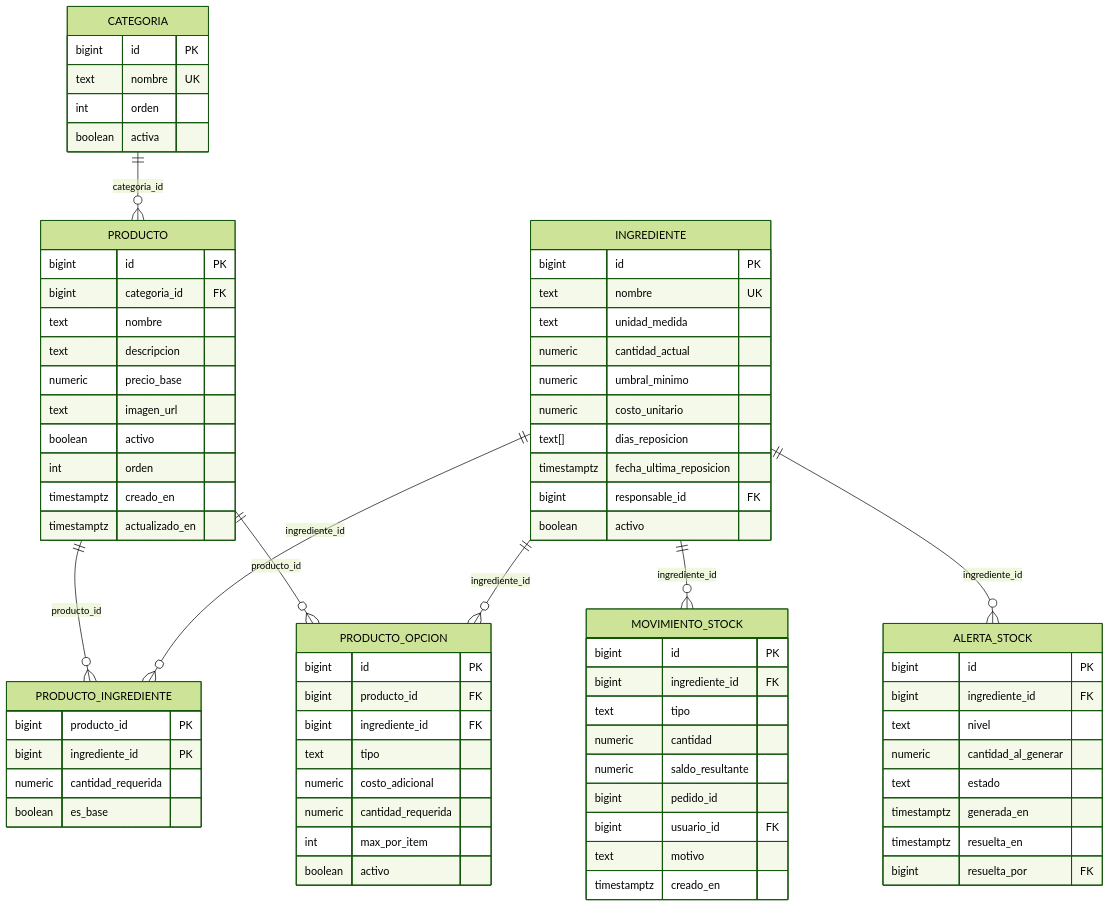
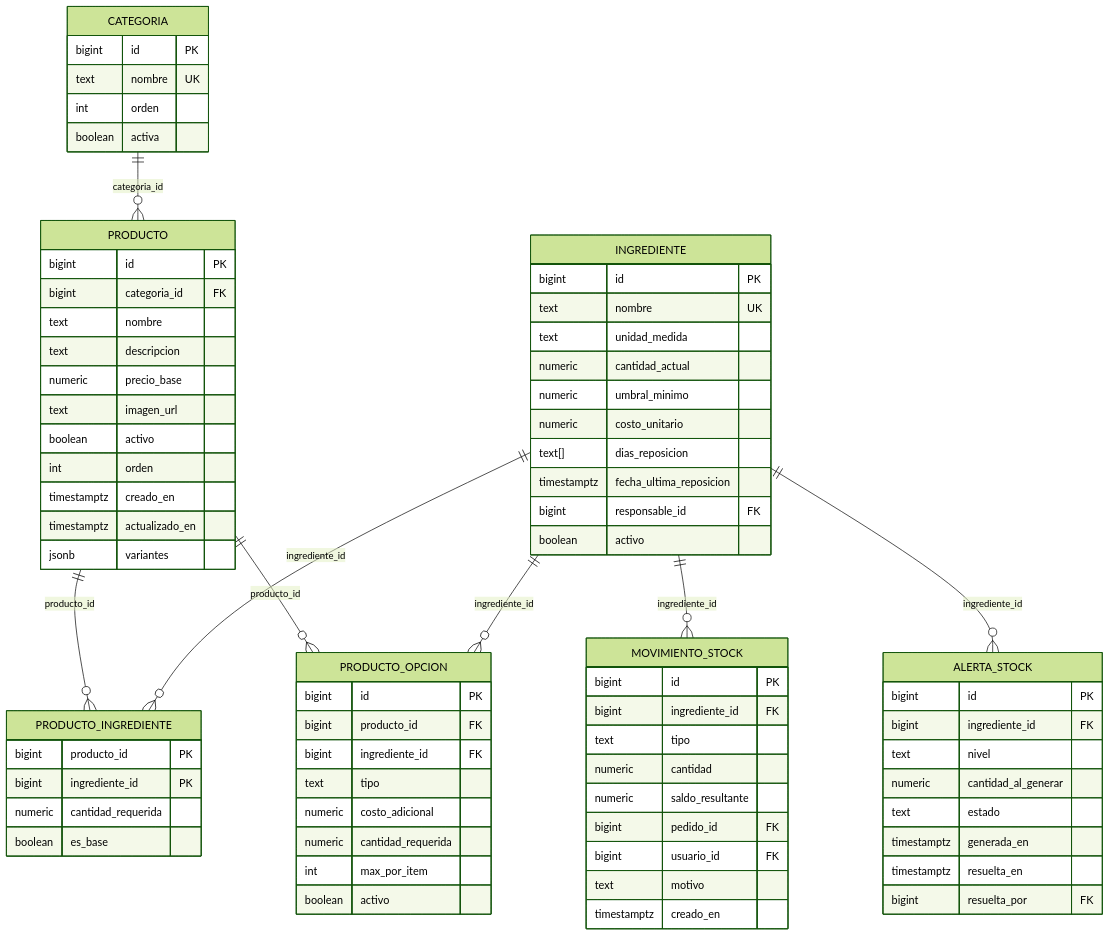
The third of 10 diagrams in docs/DER.md (Ignapag/Proyecto---Seminario-Integrador-2026), drawn with Mermaid (forest theme) before and after one commit. The commit also changed other lines of this file and 32 other files, not shown here.

````diff
--- a/docs/DER.md
+++ b/docs/DER.md
@@ -190,77 +197,78 @@
 ```mermaid
 erDiagram
     CATEGORIA ||--o{ PRODUCTO : categoria_id
     PRODUCTO ||--o{ PRODUCTO_INGREDIENTE : producto_id
     INGREDIENTE ||--o{ PRODUCTO_INGREDIENTE : ingrediente_id
     PRODUCTO ||--o{ PRODUCTO_OPCION : producto_id
     INGREDIENTE ||--o{ PRODUCTO_OPCION : ingrediente_id
     INGREDIENTE ||--o{ MOVIMIENTO_STOCK : ingrediente_id
     INGREDIENTE ||--o{ ALERTA_STOCK : ingrediente_id
     CATEGORIA {
         bigint id PK
         text nombre UK
         int orden
         boolean activa
     }
     INGREDIENTE {
         bigint id PK
         text nombre UK
         text unidad_medida
         numeric cantidad_actual
         numeric umbral_minimo
         numeric costo_unitario
         text[] dias_reposicion
         timestamptz fecha_ultima_reposicion
         bigint responsable_id FK
         boolean activo
     }
     PRODUCTO {
         bigint id PK
         bigint categoria_id FK
         text nombre
         text descripcion
         numeric precio_base
         text imagen_url
         boolean activo
         int orden
         timestamptz creado_en
         timestamptz actualizado_en
+        jsonb variantes
     }
     PRODUCTO_INGREDIENTE {
         bigint producto_id PK
         bigint ingrediente_id PK
         numeric cantidad_requerida
         boolean es_base
     }
     PRODUCTO_OPCION {
         bigint id PK
         bigint producto_id FK
         bigint ingrediente_id FK
         text tipo
         numeric costo_adicional
         numeric cantidad_requerida
         int max_por_item
         boolean activo
     }
     MOVIMIENTO_STOCK {
         bigint id PK
         bigint ingrediente_id FK
         text tipo
         numeric cantidad
         numeric saldo_resultante
-        bigint pedido_id
+        bigint pedido_id FK
         bigint usuario_id FK
         text motivo
         timestamptz creado_en
     }
     ALERTA_STOCK {
         bigint id PK
         bigint ingrediente_id FK
         text nivel
         numeric cantidad_al_generar
         text estado
         timestamptz generada_en
         timestamptz resuelta_en
         bigint resuelta_por FK
     }
 ```
````
